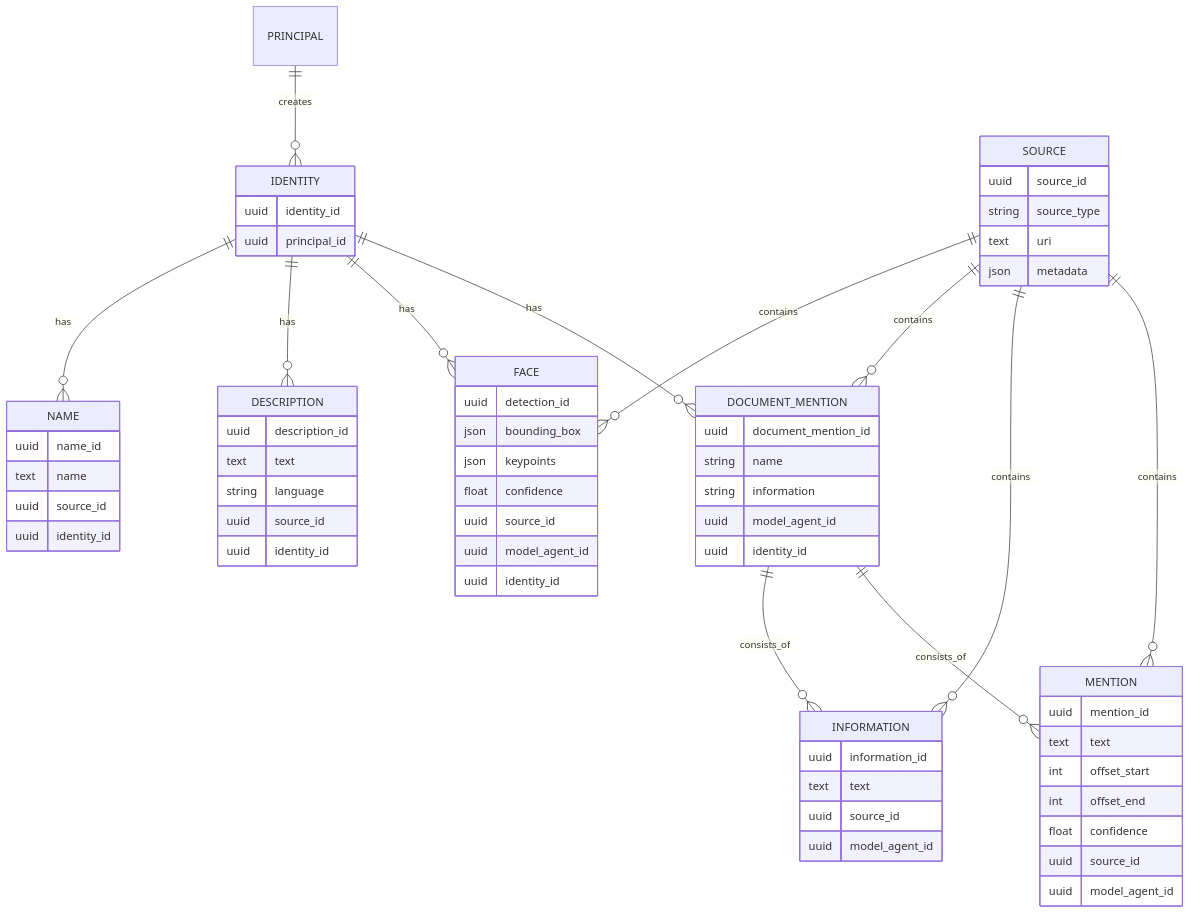
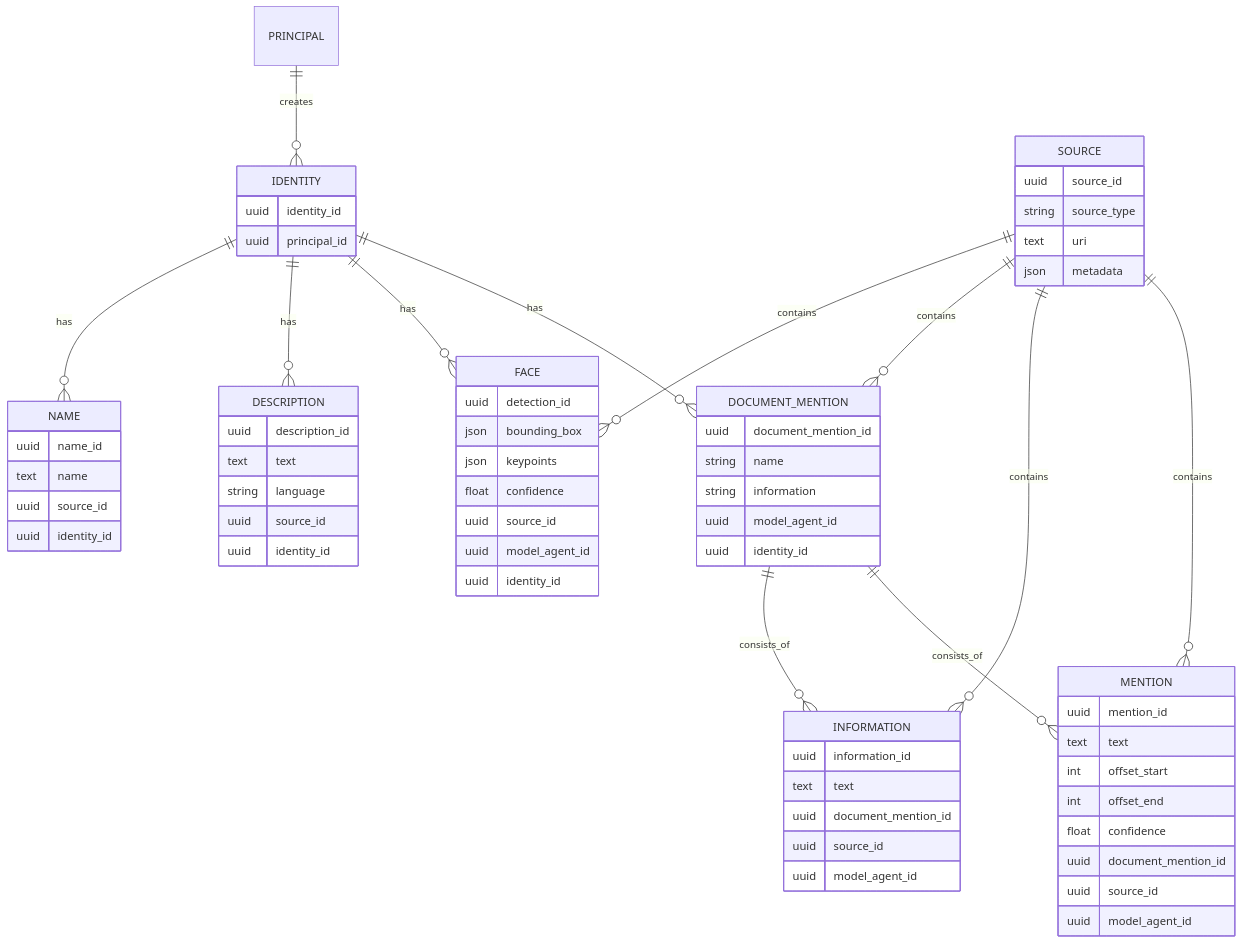
The diagram in people-gator-api/docs/01-product-spec-1.md (DCGM/PeopleGatorApp), drawn with Mermaid before and after one commit. The commit also changed other lines of this file and 6 other files, not shown here.

Commit message:
feat: add document_mention_id to Mention and Information models, update schemas and services

````diff
--- a/people-gator-api/docs/01-product-spec-1.md
+++ b/people-gator-api/docs/01-product-spec-1.md
@@ -154,80 +156,82 @@
 ```mermaid
 erDiagram
   PRINCIPAL ||--o{ IDENTITY : creates
 
   DOCUMENT_MENTION ||--o{ MENTION : consists_of
   DOCUMENT_MENTION ||--o{ INFORMATION : consists_of
 
 
   SOURCE ||--o{ MENTION : contains
   SOURCE ||--o{ INFORMATION : contains
   SOURCE ||--o{ DOCUMENT_MENTION : contains
   SOURCE ||--o{ FACE : contains
 
   IDENTITY ||--o{ DOCUMENT_MENTION : has
   IDENTITY ||--o{ FACE : has
   IDENTITY ||--o{ DESCRIPTION : has
   IDENTITY ||--o{ NAME : has
 
   IDENTITY {
     uuid identity_id
     uuid principal_id
   }
 
   MENTION {
     uuid mention_id
     text text
     int offset_start
     int offset_end
     float confidence
+    uuid document_mention_id
     uuid source_id
     uuid model_agent_id
   }
 
   INFORMATION {
     uuid information_id
     text text
+    uuid document_mention_id
     uuid source_id
     uuid model_agent_id
   }
 
   DOCUMENT_MENTION {
     uuid document_mention_id
     string name
     string information
     uuid model_agent_id
     uuid identity_id
   }
 
   FACE {
     uuid detection_id
     json bounding_box
     json keypoints
     float confidence
     uuid source_id
     uuid model_agent_id
     uuid identity_id
   }
 
   DESCRIPTION {
     uuid description_id
     text text
     string language
     uuid source_id
     uuid identity_id
   }
 
   NAME {
     uuid name_id
     text name
     uuid source_id
     uuid identity_id
   }
 
   SOURCE {
     uuid source_id
     string source_type
     text uri
     json metadata
   }
 ```
````
